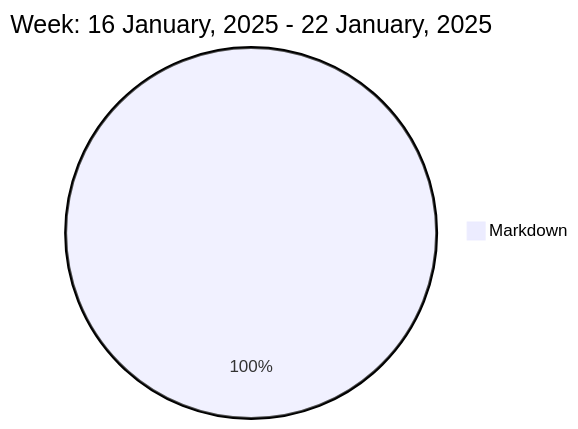
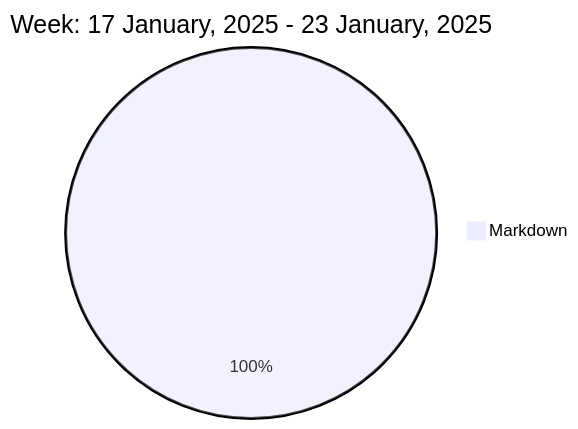
The diagram in README.md (liubin95/liubin95), drawn with Mermaid before and after one commit.

Commit message:
Updated the Graph with new Metrics

````diff
--- a/README.md
+++ b/README.md
@@ -37,5 +37,5 @@
 ```mermaid
  pie
-title Week: 16 January, 2025 - 22 January, 2025
- "Markdown" : 3.95
+title Week: 17 January, 2025 - 23 January, 2025
+ "Markdown" : 4.43
 ```
````
